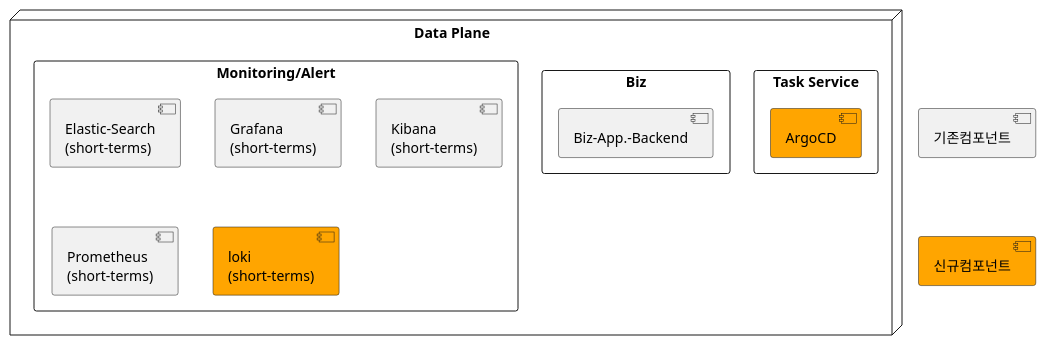
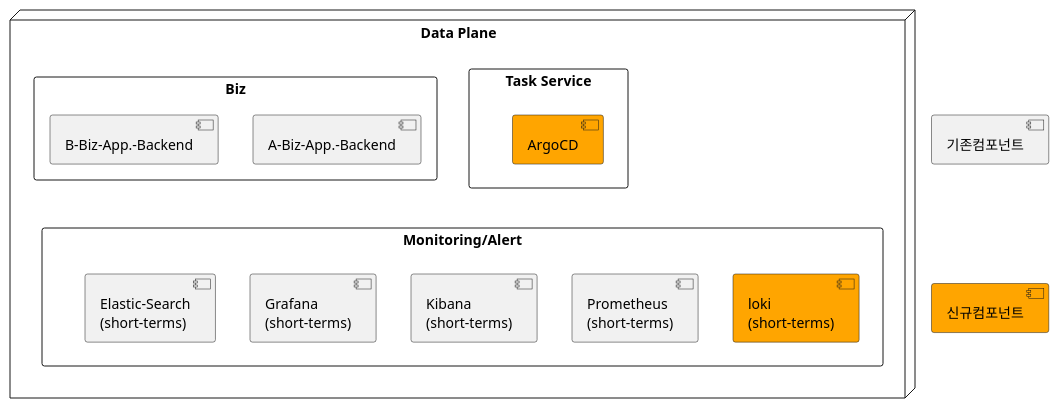
The third of 10 diagrams in docs/src/multi-cloud/diagram.md (kloudbank/htdp1.github.io), drawn with PlantUML before and after one commit. The commit also changed other lines of this file, not shown here.

Commit message:
modify diagram

```diff
--- a/docs/src/multi-cloud/diagram.md
+++ b/docs/src/multi-cloud/diagram.md
@@ -73,22 +103,28 @@
 @startuml
 
 [기존컴포넌트] as old
 [신규컴포넌트] as new #orange
 old -[hidden]d-> new
 
 node "Data Plane" as bdp {
     rectangle "Task Service" as bdp_task {
         [ArgoCD] as bdp_argocd #orange
     }
     rectangle "Biz" as bdp_biz {
-        [Biz-App.-Backend] as bdp_bizapp
+        [A-Biz-App.-Backend] as bdp_biza
+        [B-Biz-App.-Backend] as bdp_bizb
     }
     rectangle "Monitoring/Alert" as bdp_mon {
         [Elastic-Search\n(short-terms)] as bdp_mon_elk
         [Grafana\n(short-terms)] as bdp_mon_grafana
         [Kibana\n(short-terms)] as bdp_mon_kibana
         [Prometheus\n(short-terms)] as bdp_mon_prometheus
         [loki\n(short-terms)] as dbp_mon_loki #orange
+        bdp_mon_elk -[hidden]r- bdp_mon_grafana
+        bdp_mon_grafana -[hidden]r- bdp_mon_kibana
+        bdp_mon_kibana -[hidden]r- bdp_mon_prometheus
+        bdp_mon_prometheus -[hidden]r- dbp_mon_loki
     }
+    bdp_task -[hidden]d- bdp_mon
 }
 @enduml
```
